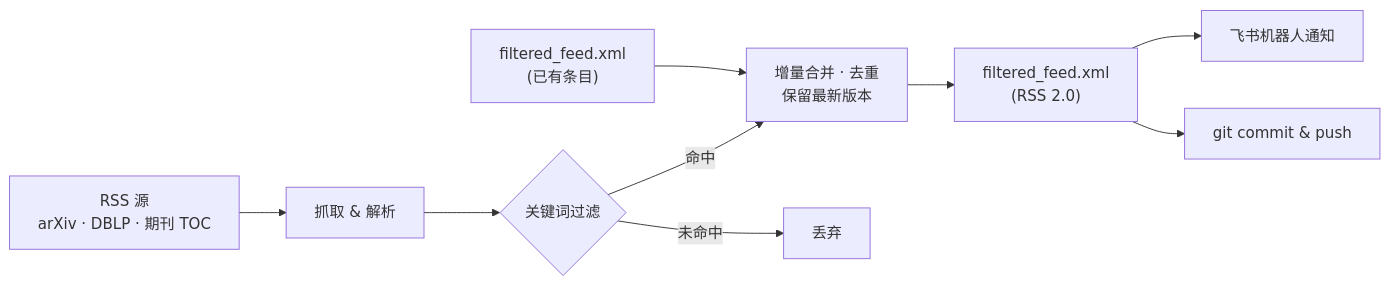
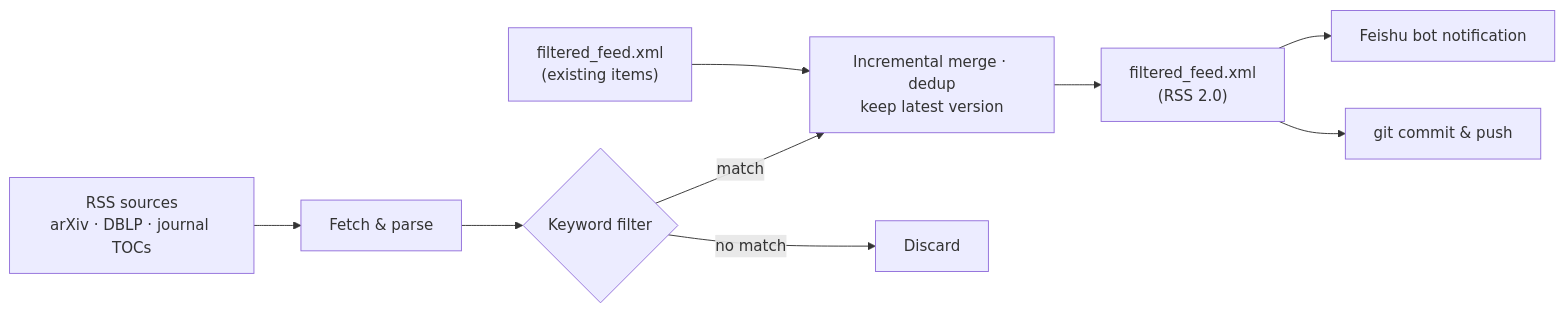
The diagram in README.md (yx-yuu/paper-feed-private), drawn with Mermaid before and after one commit. The commit also changed other lines of this file and 1 other file, not shown here.

````diff
--- a/README.md
+++ b/README.md
@@ -20,11 +22,11 @@
 ```mermaid
 flowchart LR
-    S["RSS 源<br/>arXiv · DBLP · 期刊 TOC"] --> F["抓取 & 解析"]
-    F --> K{关键词过滤}
-    K -- 命中 --> M["增量合并 · 去重<br/>保留最新版本"]
-    K -- 未命中 --> X["丢弃"]
-    O["filtered_feed.xml<br/>(已有条目)"] --> M
+    S["RSS sources<br/>arXiv · DBLP · journal TOCs"] --> F["Fetch & parse"]
+    F --> K{Keyword filter}
+    K -- match --> M["Incremental merge · dedup<br/>keep latest version"]
+    K -- no match --> X["Discard"]
+    O["filtered_feed.xml<br/>(existing items)"] --> M
     M --> W["filtered_feed.xml<br/>(RSS 2.0)"]
-    W --> N["飞书机器人通知"]
+    W --> N["Feishu bot notification"]
     W --> G["git commit & push"]
 ```
````
